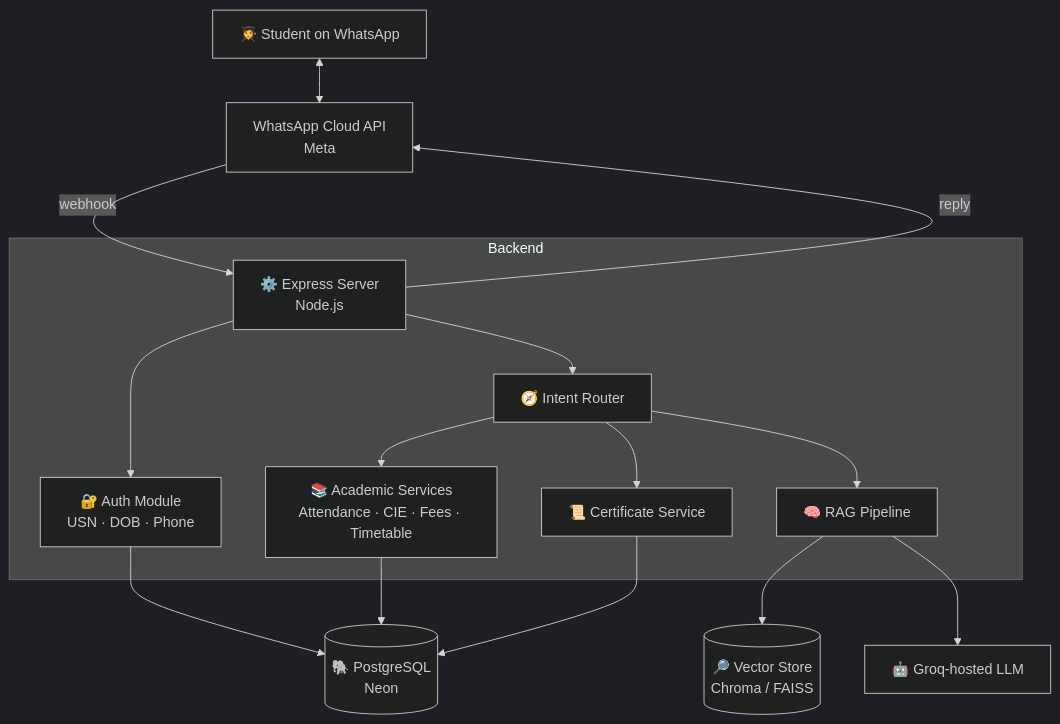
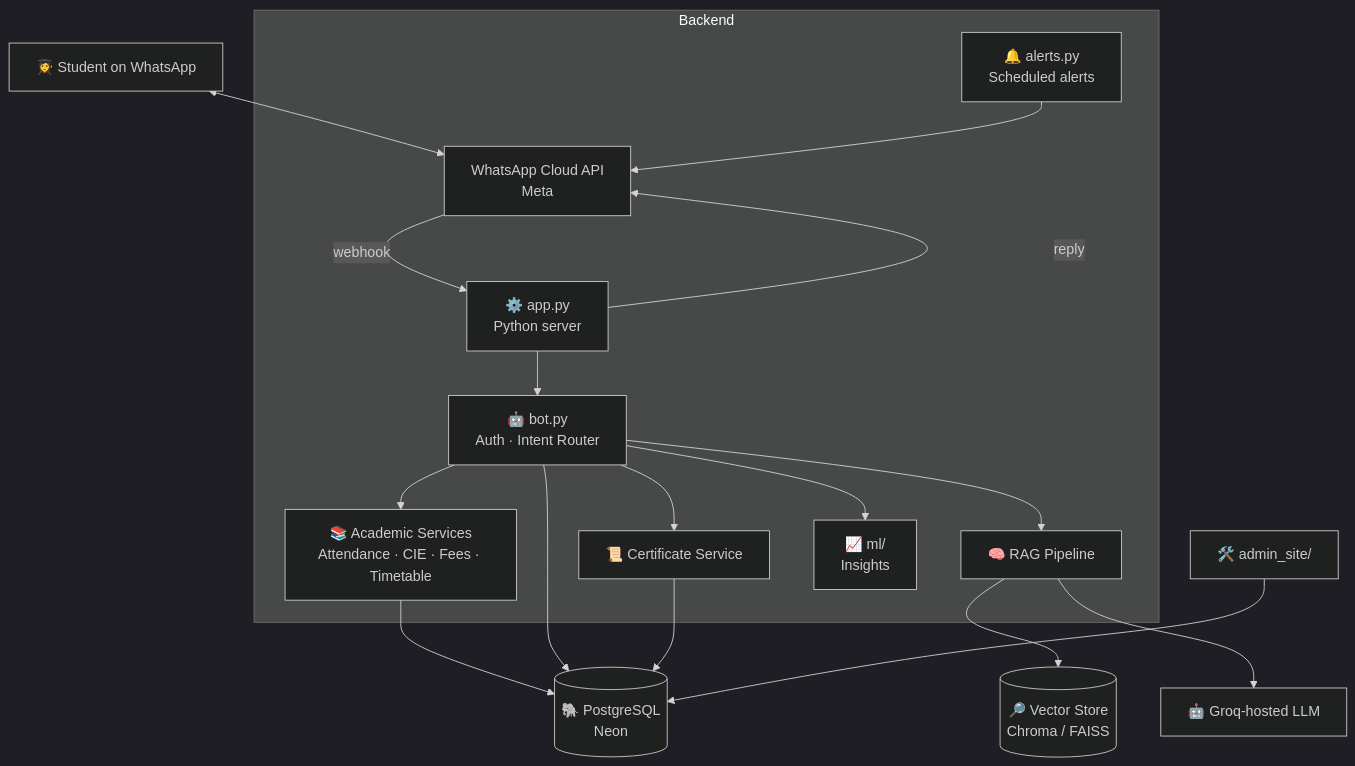
The second of 3 diagrams in README.md (LekhanaGowda07/ContXpert), drawn with Mermaid (dark theme) before and after one commit. The commit also changed other lines of this file, not shown here.

````diff
--- a/README.md
+++ b/README.md
@@ -79,20 +78,22 @@
 ```mermaid
 flowchart TB
     S[👩‍🎓 Student on WhatsApp] <--> W[WhatsApp Cloud API<br/>Meta]
-    W -- webhook --> API[⚙️ Express Server<br/>Node.js]
+    W -- webhook --> API[⚙️ app.py<br/>Python server]
 
     subgraph Backend
-        API --> AUTH[🔐 Auth Module<br/>USN · DOB · Phone]
-        API --> ROUTER[🧭 Intent Router]
-        ROUTER --> ACAD[📚 Academic Services<br/>Attendance · CIE · Fees · Timetable]
-        ROUTER --> CERT[📜 Certificate Service]
-        ROUTER --> RAG[🧠 RAG Pipeline]
+        API --> BOT[🤖 bot.py<br/>Auth · Intent Router]
+        BOT --> ACAD[📚 Academic Services<br/>Attendance · CIE · Fees · Timetable]
+        BOT --> CERT[📜 Certificate Service]
+        BOT --> RAG[🧠 RAG Pipeline]
+        BOT --> ML[📈 ml/<br/>Insights]
+        ALERT[🔔 alerts.py<br/>Scheduled alerts] --> W
     end
 
     ACAD --> DB[(🐘 PostgreSQL<br/>Neon)]
-    AUTH --> DB
+    BOT --> DB
     CERT --> DB
+    ADMIN[🛠️ admin_site/] --> DB
     RAG --> VEC[(🔎 Vector Store<br/>Chroma / FAISS)]
     RAG --> LLM[🤖 Groq-hosted LLM]
     API -- reply --> W
 ```
````
